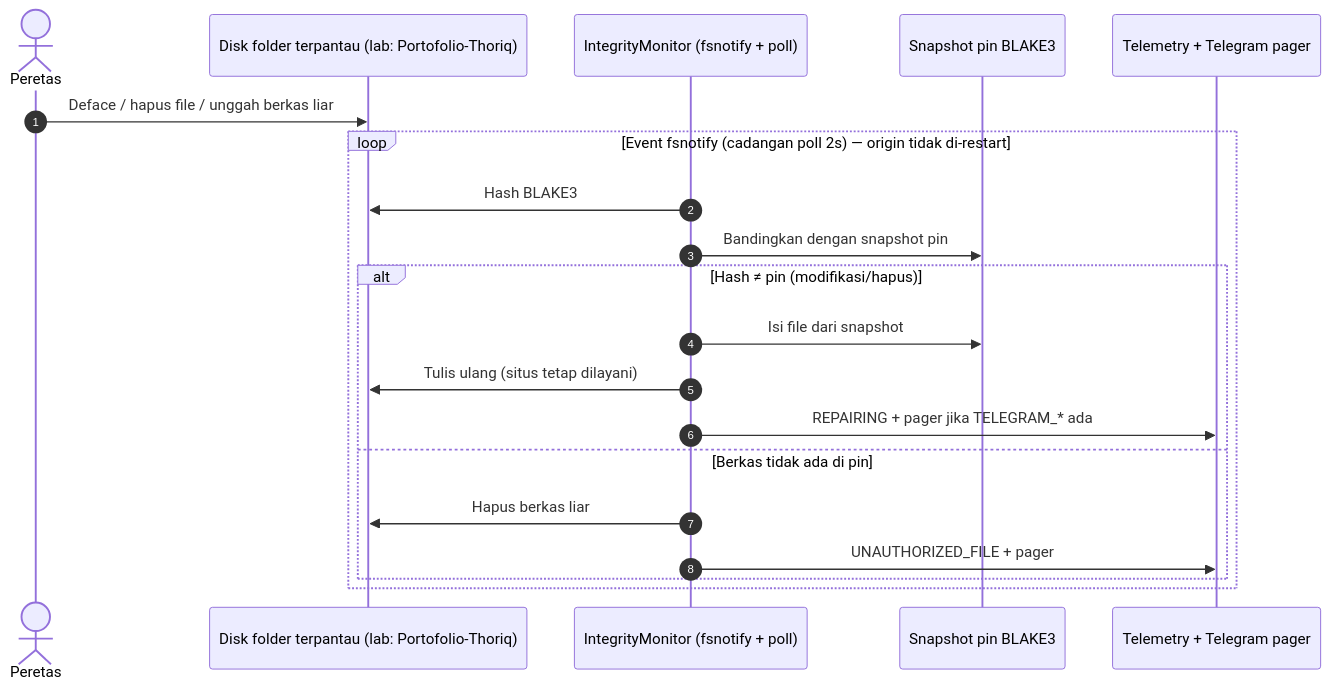
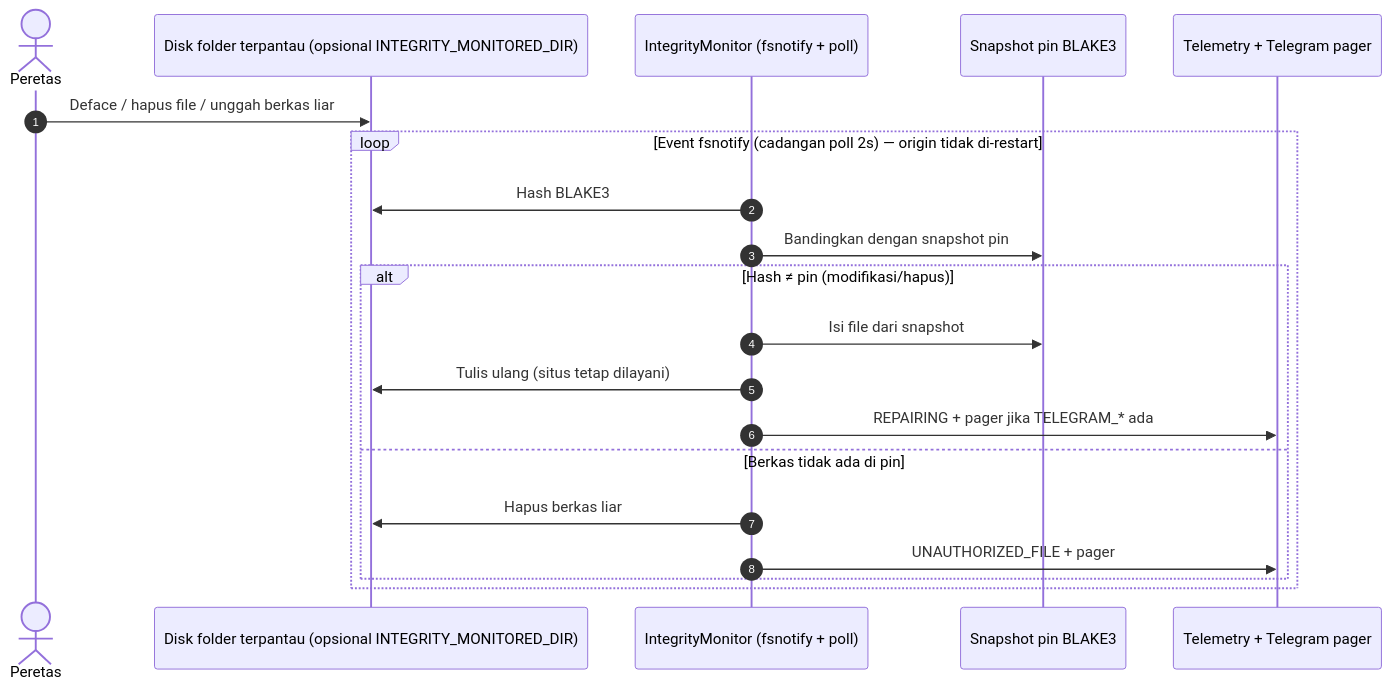
Before and after one commit to Thbetyfu/NEXUS-CYBER-FASE3: the fourth of 5 diagrams in docs/SOFTWARE_DESIGN_DOCUMENT.md, drawn with Mermaid. The commit also changed 48 other files, not shown here.

````diff
--- a/docs/SOFTWARE_DESIGN_DOCUMENT.md
+++ b/docs/SOFTWARE_DESIGN_DOCUMENT.md
@@ -172,24 +172,24 @@
 ```mermaid
 sequenceDiagram
     autonumber
     actor Attacker as Peretas
-    participant Disk as Disk folder terpantau (lab: Portofolio-Thoriq)
+    participant Disk as Disk folder terpantau (opsional INTEGRITY_MONITORED_DIR)
     participant Monitor as IntegrityMonitor (fsnotify + poll)
     participant Pin as Snapshot pin BLAKE3
     participant Log as Telemetry + Telegram pager
 
     Attacker->>Disk: Deface / hapus file / unggah berkas liar
     
     loop Event fsnotify (cadangan poll 2s) — origin tidak di-restart
         Monitor->>Disk: Hash BLAKE3
         Monitor->>Pin: Bandingkan dengan snapshot pin
         alt Hash ≠ pin (modifikasi/hapus)
             Monitor->>Pin: Isi file dari snapshot
             Monitor->>Disk: Tulis ulang (situs tetap dilayani)
             Monitor->>Log: REPAIRING + pager jika TELEGRAM_* ada
         else Berkas tidak ada di pin
             Monitor->>Disk: Hapus berkas liar
             Monitor->>Log: UNAUTHORIZED_FILE + pager
         end
     end
 ```
````
